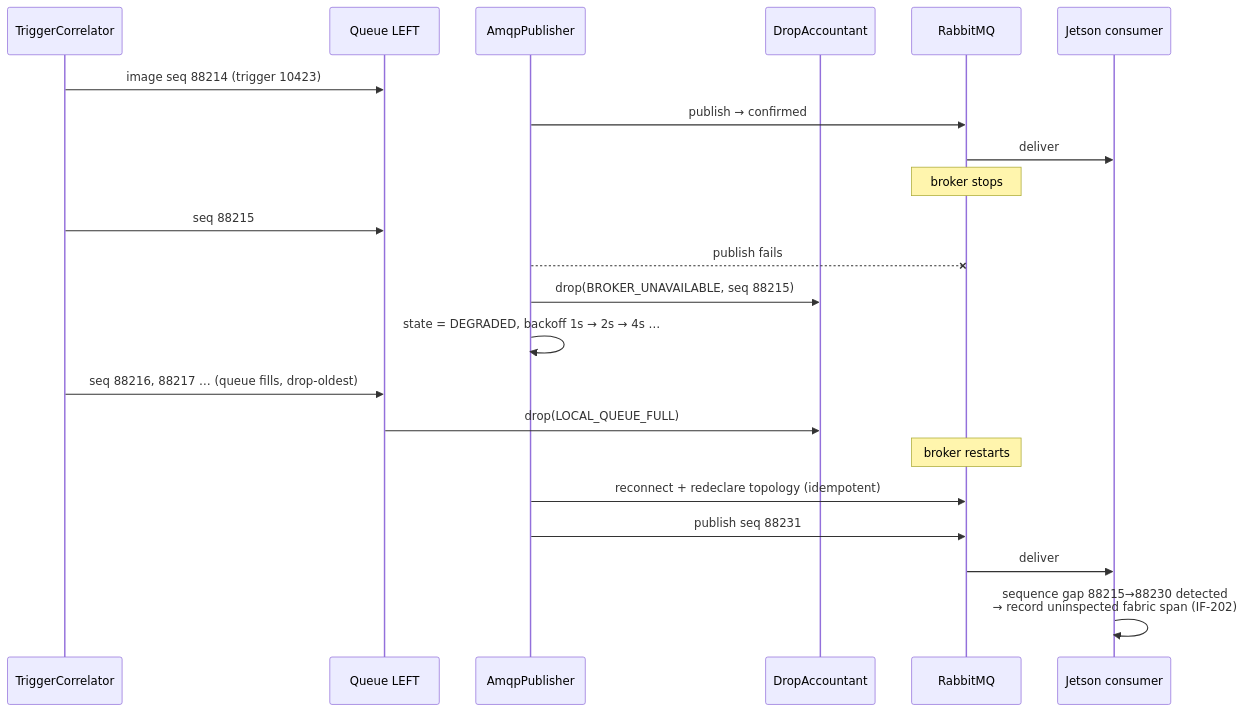
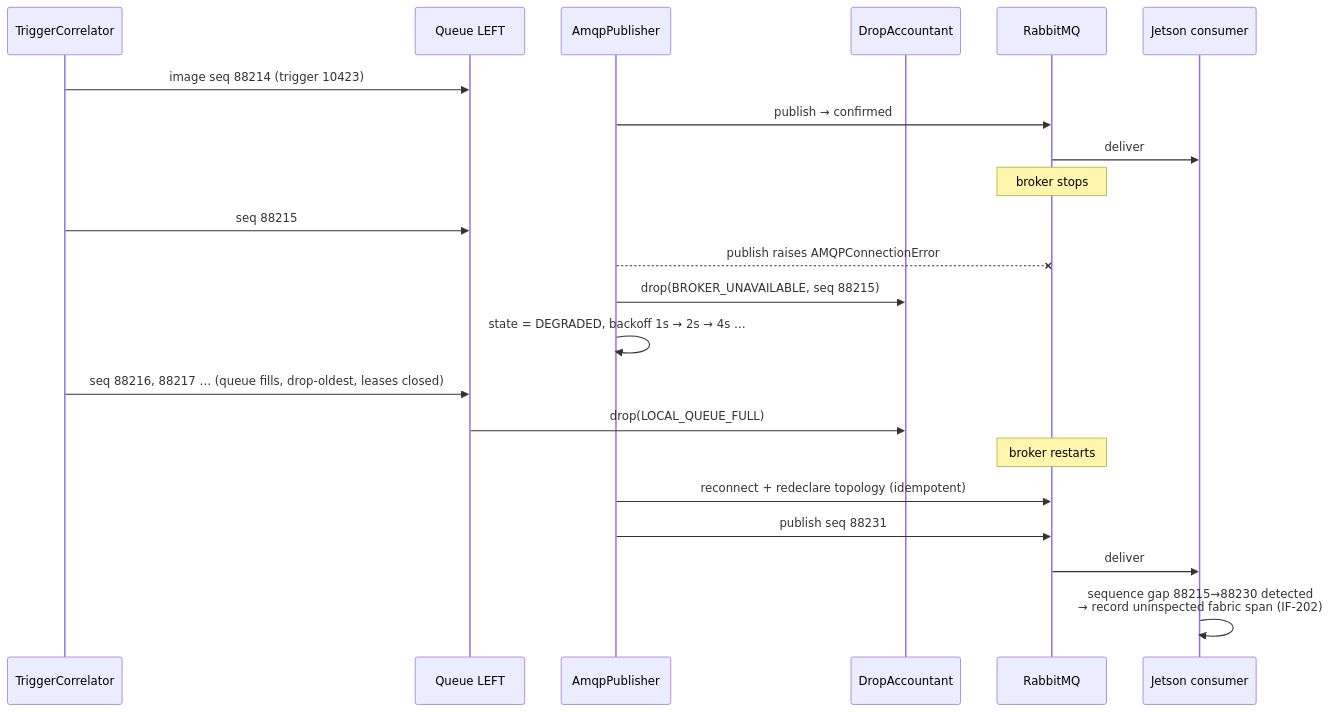
Before and after one commit to masruk/FabricInspection: the fourth of 4 diagrams in Documents/SDD-camera-acquisition-service.md, drawn with Mermaid. The commit also changed other lines of this file and 23 other files, not shown here.

````diff
--- a/Documents/SDD-camera-acquisition-service.md
+++ b/Documents/SDD-camera-acquisition-service.md
@@ -587,25 +834,25 @@
 ```mermaid
 sequenceDiagram
     participant C as TriggerCorrelator
     participant Q as Queue LEFT
     participant P as AmqpPublisher
     participant D as DropAccountant
     participant B as RabbitMQ
     participant J as Jetson consumer
 
     C->>Q: image seq 88214 (trigger 10423)
     P->>B: publish → confirmed
     B->>J: deliver
     note over B: broker stops
     C->>Q: seq 88215
-    P--xB: publish fails
+    P--xB: publish raises AMQPConnectionError
     P->>D: drop(BROKER_UNAVAILABLE, seq 88215)
     P->>P: state = DEGRADED, backoff 1s → 2s → 4s …
-    C->>Q: seq 88216, 88217 … (queue fills, drop-oldest)
+    C->>Q: seq 88216, 88217 … (queue fills, drop-oldest, leases closed)
     Q->>D: drop(LOCAL_QUEUE_FULL)
     note over B: broker restarts
     P->>B: reconnect + redeclare topology (idempotent)
     P->>B: publish seq 88231
     B->>J: deliver
     J->>J: sequence gap 88215→88230 detected<br/>→ record uninspected fabric span (IF-202)
 ```
````
